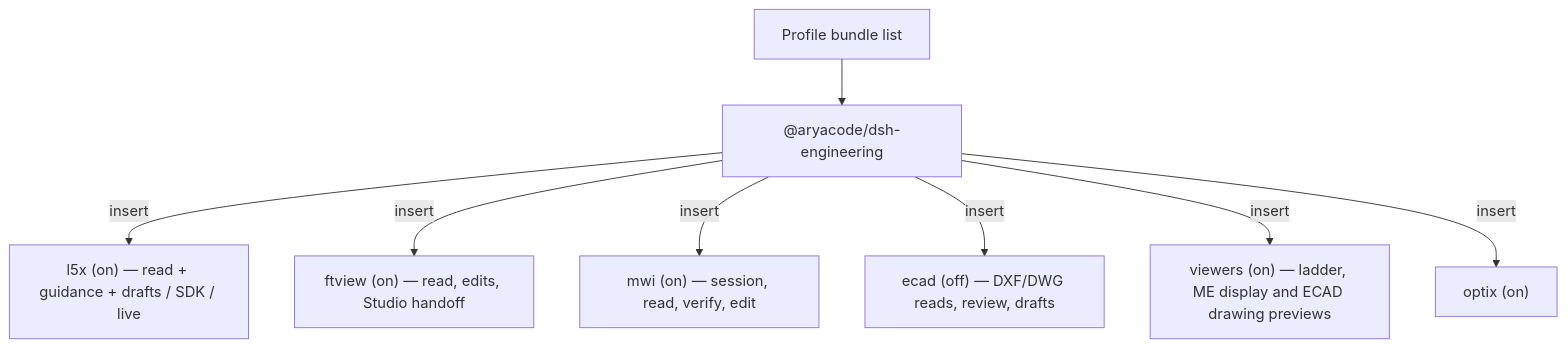
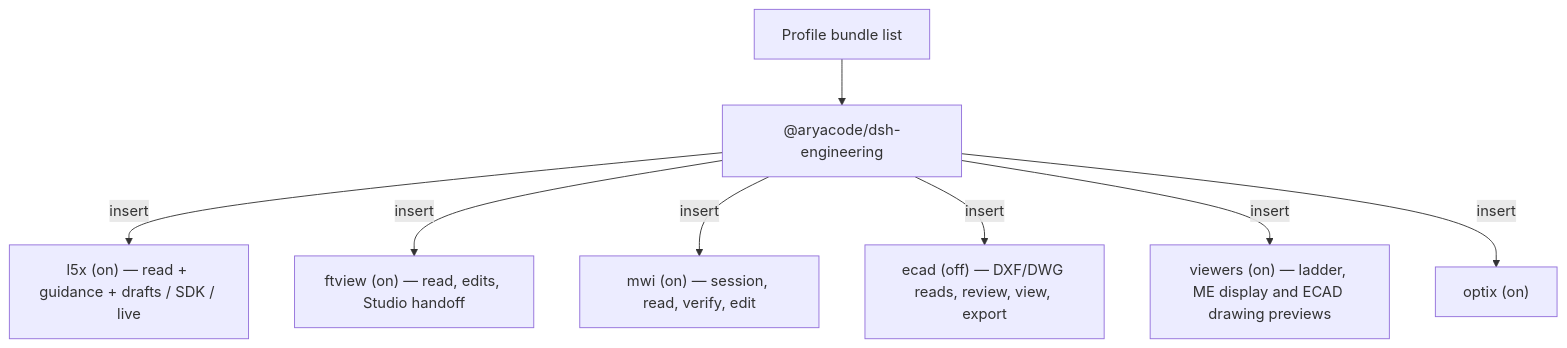
One commit to KonnectSuite/dsh-engineering changed the diagram in README.md. Above: the diagram before and after it, drawn with Mermaid. The commit also changed other lines of this file and 63 other files, not shown here.

````diff
--- a/README.md
+++ b/README.md
@@ -277,10 +271,10 @@
 ```mermaid
 flowchart TB
   Profile["Profile bundle list"] --> Bundle["@aryacode/dsh-engineering"]
   Bundle -->|insert| L5X["l5x (on) — read + guidance + drafts / SDK / live"]
   Bundle -->|insert| FTV["ftview (on) — read, edits, Studio handoff"]
   Bundle -->|insert| MWI["mwi (on) — session, read, verify, edit"]
-  Bundle -->|insert| ECAD["ecad (off) — DXF/DWG reads, review, drafts"]
+  Bundle -->|insert| ECAD["ecad (off) — DXF/DWG reads, review, view, export"]
   Bundle -->|insert| Viewers["viewers (on) — ladder, ME display and ECAD drawing previews"]
   Bundle -->|insert| Optix["optix (on)"]
 ```
````
